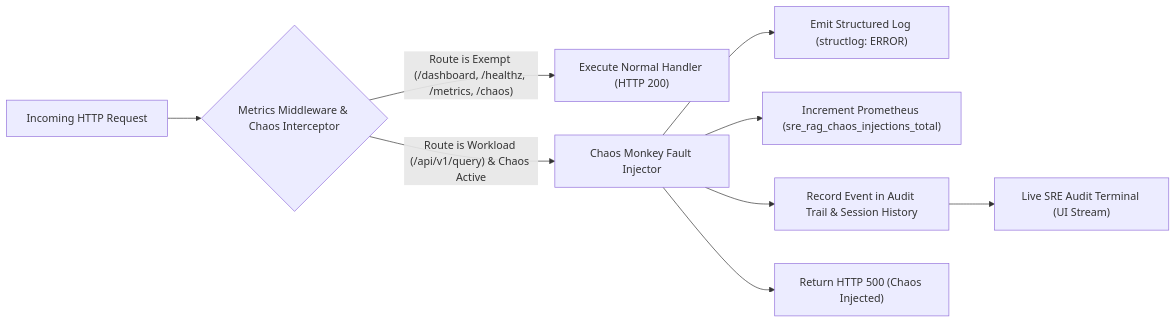
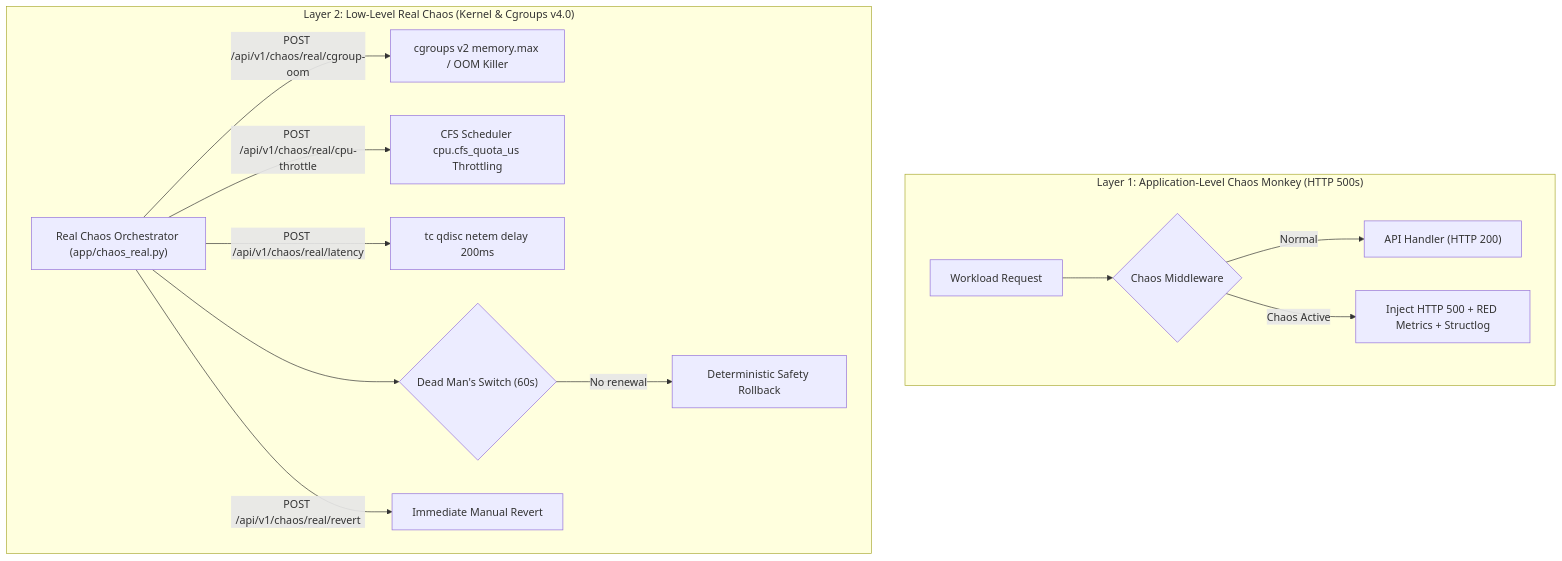
The seventh of 8 diagrams in README.md (magnomct/sre_rag_agent), drawn with Mermaid before and after one commit. The commit also changed other lines of this file, not shown here.

Commit message:
docs(v4.0): overhaul architecture diagrams, OODA flows, dual-layer chaos, and hybrid search in README

````diff
--- a/README.md
+++ b/README.md
@@ -662,15 +767,19 @@
 ```mermaid
-flowchart LR
-    Req["Incoming HTTP Request"] --> Middleware{"Metrics Middleware & Chaos Interceptor"}
+flowchart TD
+    subgraph Layer1 ["Layer 1: Application-Level Chaos Monkey (HTTP 500s)"]
+        Req["Workload Request"] --> Mid{"Chaos Middleware"}
+        Mid -->|"Normal"| AppHandler["API Handler (HTTP 200)"]
+        Mid -->|"Chaos Active"| MockErr["Inject HTTP 500 + RED Metrics + Structlog"]
+    end
 
-    Middleware -->|"Route is Exempt (/dashboard, /healthz, /metrics, /chaos)"| Normal["Execute Normal Handler (HTTP 200)"]
-    
-    Middleware -->|"Route is Workload (/api/v1/query) & Chaos Active"| Injector["Chaos Monkey Fault Injector"]
-    
-    Injector --> Log["Emit Structured Log (structlog: ERROR)"]
-    Injector --> Metric["Increment Prometheus (sre_rag_chaos_injections_total)"]
-    Injector --> Audit["Record Event in Audit Trail & Session History"]
-    Injector --> Fail["Return HTTP 500 (Chaos Injected)"]
-
-    Audit --> Terminal["Live SRE Audit Terminal (UI Stream)"]
+    subgraph Layer2 ["Layer 2: Low-Level Real Chaos (Kernel & Cgroups v4.0)"]
+        Orch["Real Chaos Orchestrator (app/chaos_real.py)"]
+        Orch -->|"POST /api/v1/chaos/real/cgroup-oom"| CgroupMem["cgroups v2 memory.max / OOM Killer"]
+        Orch -->|"POST /api/v1/chaos/real/cpu-throttle"| CgroupCPU["CFS Scheduler cpu.cfs_quota_us Throttling"]
+        Orch -->|"POST /api/v1/chaos/real/latency"| TCNet["tc qdisc netem delay 200ms"]
+        
+        Orch --> Timer{"Dead Man's Switch (60s)"}
+        Timer -->|"No renewal"| AutoRevert["Deterministic Safety Rollback"]
+        Orch -->|"POST /api/v1/chaos/real/revert"| ManualRevert["Immediate Manual Revert"]
+    end
 ```
````
